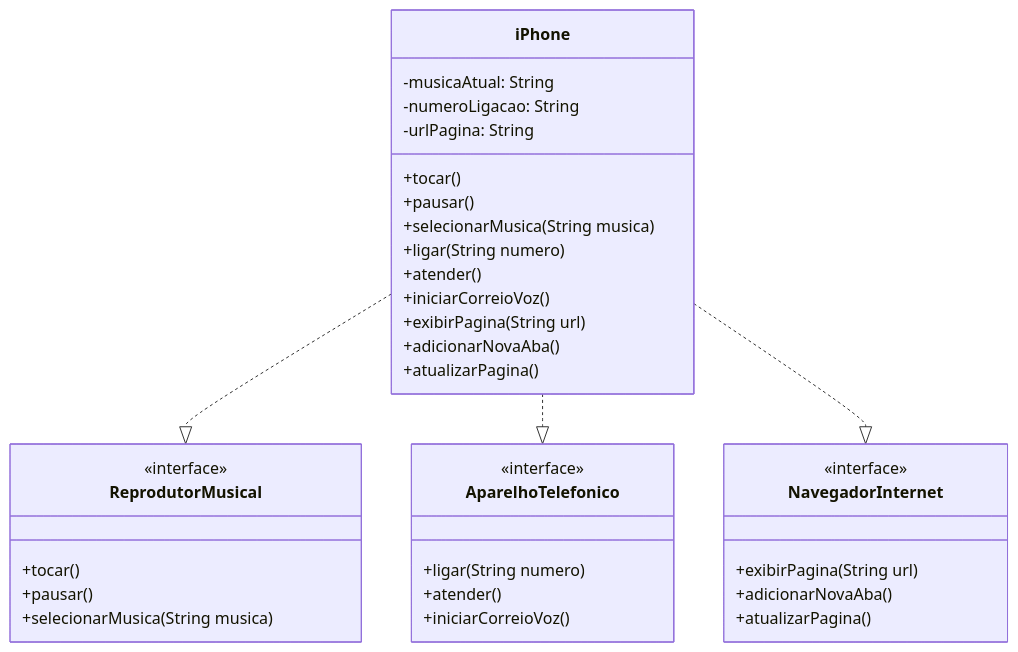
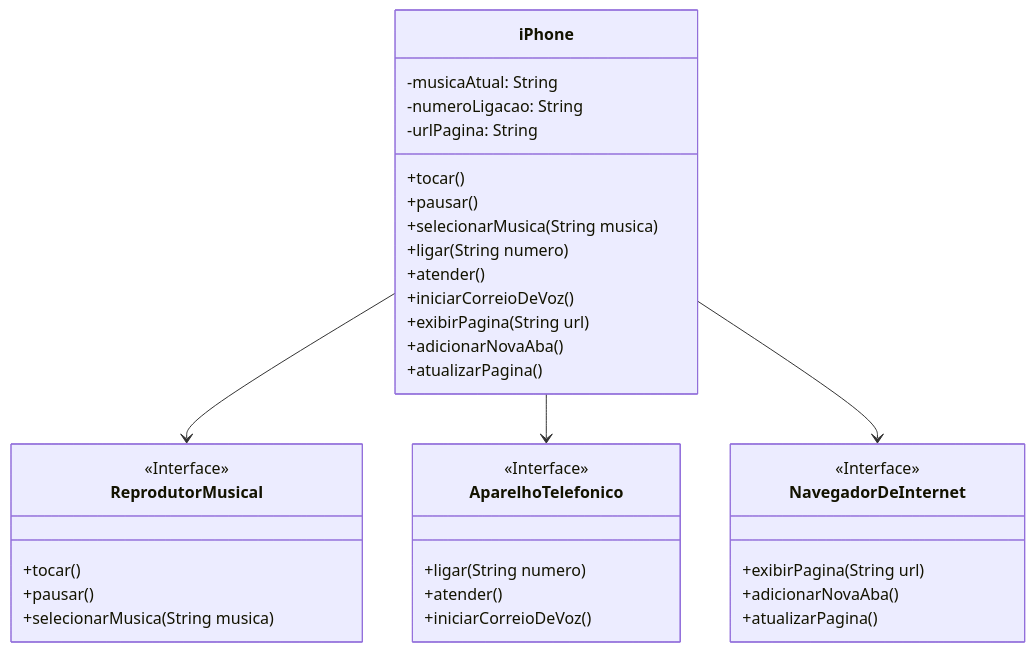
One commit to dcmacedo/dio_java changed the diagram in desafio_iphone/Iphone/README.md. Above: the diagram before and after it, drawn with Mermaid. The commit also changed other lines of this file and 5 other files, not shown here.

````diff
--- a/desafio_iphone/Iphone/README.md
+++ b/desafio_iphone/Iphone/README.md
@@ -44,38 +44,38 @@
 ```mermaid
 classDiagram
     class ReprodutorMusical {
-        <<interface>>
+        <<Interface>>
         +tocar()
         +pausar()
         +selecionarMusica(String musica)
     }
     class AparelhoTelefonico {
-        <<interface>>
+        <<Interface>>
         +ligar(String numero)
         +atender()
-        +iniciarCorreioVoz()
+        +iniciarCorreioDeVoz()
     }
-    class NavegadorInternet {
-        <<interface>>
+    class NavegadorDeInternet {
+        <<Interface>>
         +exibirPagina(String url)
         +adicionarNovaAba()
         +atualizarPagina()
     }
-    iPhone ..|> ReprodutorMusical
-    iPhone ..|> AparelhoTelefonico
-    iPhone ..|> NavegadorInternet
+    iPhone --> ReprodutorMusical
+    iPhone --> AparelhoTelefonico
+    iPhone --> NavegadorDeInternet
     class iPhone {
         -musicaAtual: String
         -numeroLigacao: String
         -urlPagina: String
         +tocar()
         +pausar()
         +selecionarMusica(String musica)
         +ligar(String numero)
         +atender()
-        +iniciarCorreioVoz()
+        +iniciarCorreioDeVoz()
         +exibirPagina(String url)
         +adicionarNovaAba()
         +atualizarPagina()
     }
 ```
````
